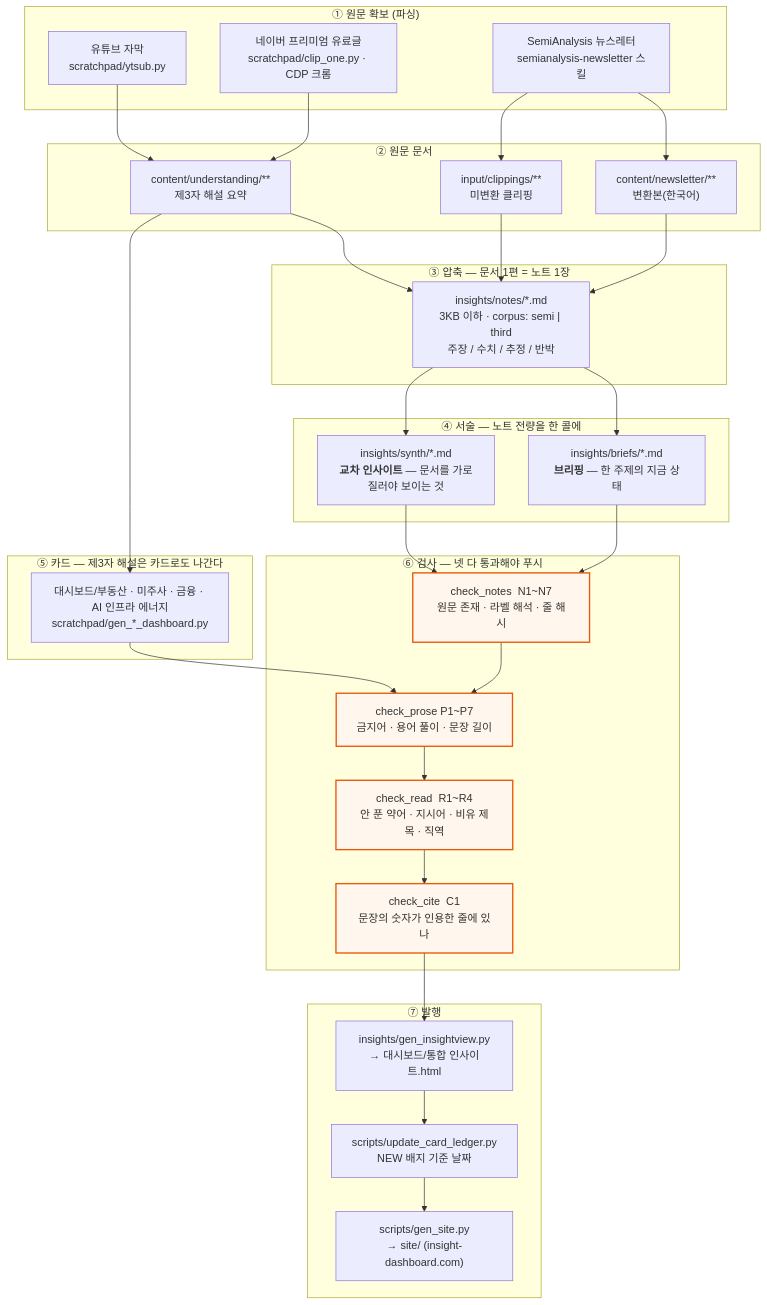
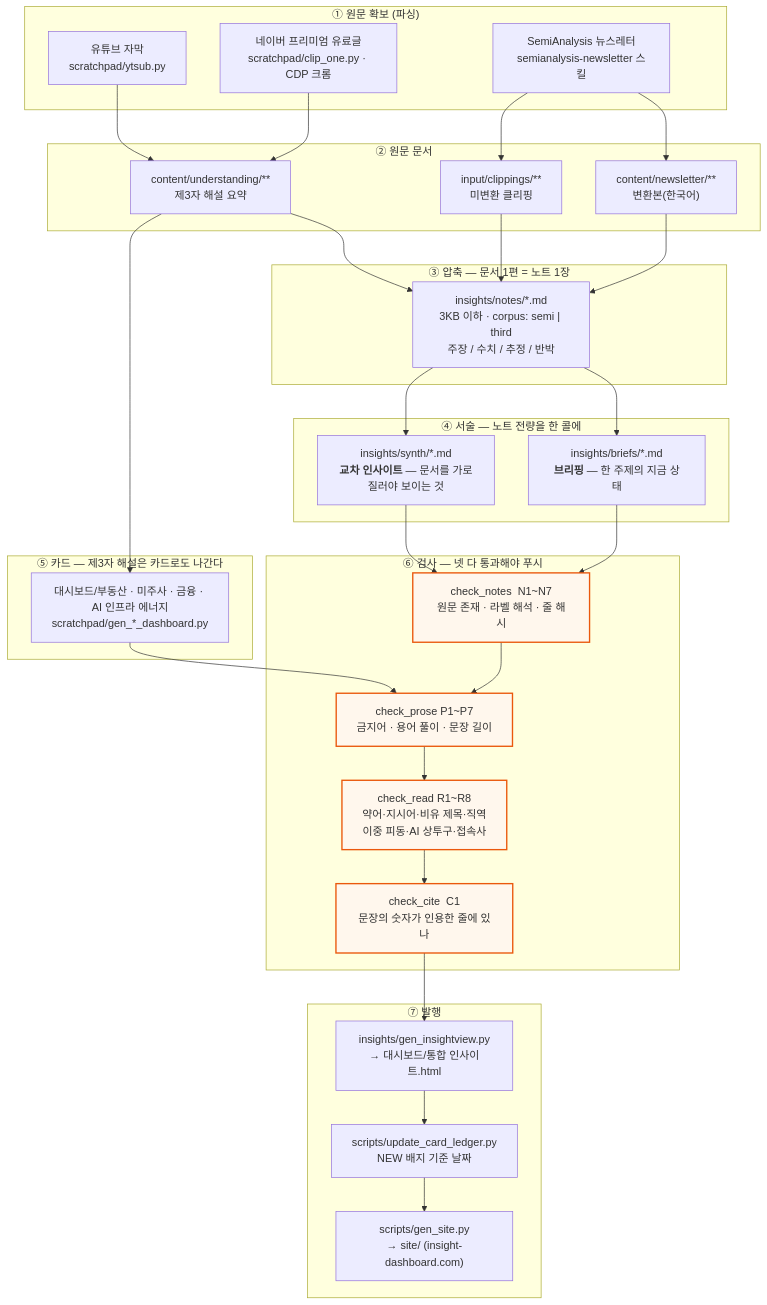
Before and after one commit to yohan4477/semi-report: the diagram in docs/파이프라인 — 원문에서 인사이트까지.md, drawn with Mermaid. The commit also changed other lines of this file and 6 other files, not shown here.

````diff
--- a/docs/파이프라인 — 원문에서 인사이트까지.md
+++ b/docs/파이프라인 — 원문에서 인사이트까지.md
@@ -7,59 +7,59 @@
 ```mermaid
 flowchart TD
   subgraph P1["① 원문 확보 (파싱)"]
     YT["유튜브 자막<br/>scratchpad/ytsub.py"]
     NV["네이버 프리미엄 유료글<br/>scratchpad/clip_one.py · CDP 크롬"]
     SA["SemiAnalysis 뉴스레터<br/>semianalysis-newsletter 스킬"]
   end
 
   subgraph P2["② 원문 문서"]
     RAW1["content/newsletter/**<br/>변환본(한국어)"]
     RAW2["content/understanding/**<br/>제3자 해설 요약"]
     RAW3["input/clippings/**<br/>미변환 클리핑"]
   end
 
   subgraph P3["③ 압축 — 문서 1편 = 노트 1장"]
     NOTE["insights/notes/*.md<br/>3KB 이하 · corpus: semi | third<br/>주장 / 수치 / 추정 / 반박"]
   end
 
   subgraph P4["④ 서술 — 노트 전량을 한 콜에"]
     BRIEF["insights/briefs/*.md<br/><b>브리핑</b> — 한 주제의 지금 상태"]
     CROSS["insights/synth/*.md<br/><b>교차 인사이트</b> — 문서를 가로질러야 보이는 것"]
   end
 
   subgraph P5["⑤ 카드 — 제3자 해설은 카드로도 나간다"]
     CARD["대시보드/부동산 · 미주사 · 금융 · AI 인프라 에너지<br/>scratchpad/gen_*_dashboard.py"]
   end
 
   subgraph P6["⑥ 검사 — 넷 다 통과해야 푸시"]
     C1["check_notes  N1~N7<br/>원문 존재 · 라벨 해석 · 줄 해시"]
     C2["check_prose  P1~P7<br/>금지어 · 용어 풀이 · 문장 길이"]
-    C3["check_read  R1~R4<br/>안 푼 약어 · 지시어 · 비유 제목 · 직역"]
+    C3["check_read  R1~R8<br/>약어·지시어·비유 제목·직역<br/>이중 피동·AI 상투구·접속사"]
     C4["check_cite  C1<br/>문장의 숫자가 인용한 줄에 있나"]
   end
 
   subgraph P7["⑦ 발행"]
     GEN["insights/gen_insightview.py<br/>→ 대시보드/통합 인사이트.html"]
     SITE["scripts/gen_site.py<br/>→ site/ (insight-dashboard.com)"]
     LED["scripts/update_card_ledger.py<br/>NEW 배지 기준 날짜"]
   end
 
   YT --> RAW2
   NV --> RAW2
   SA --> RAW1
   SA --> RAW3
   RAW1 --> NOTE
   RAW2 --> NOTE
   RAW3 --> NOTE
   RAW2 --> CARD
   NOTE --> BRIEF
   NOTE --> CROSS
   BRIEF --> C1
   CROSS --> C1
   CARD --> C2
   C1 --> C2 --> C3 --> C4
   C4 --> GEN --> LED --> SITE
 
   classDef gate fill:#fff7ed,stroke:#ea580c,stroke-width:2px
   class C1,C2,C3,C4 gate
 ```
````
